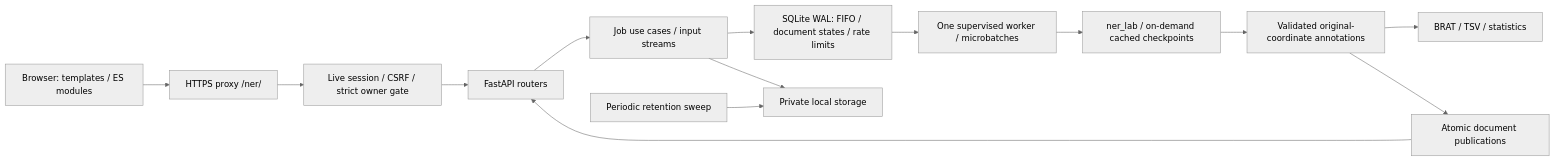
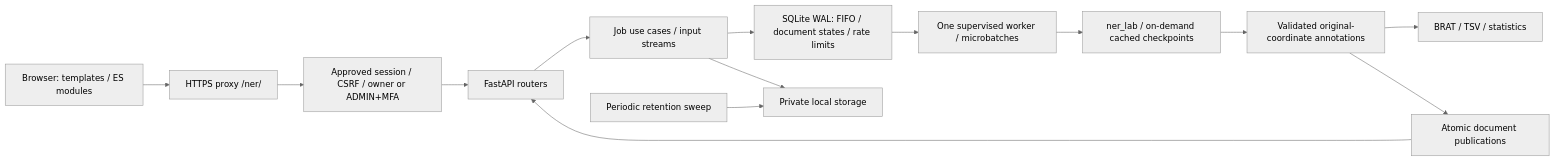
The diagram in README.md (nlp4bia-bsc/ner-inference-web), drawn with Mermaid (neutral theme) before and after one commit. The commit also changed other lines of this file and 69 other files, not shown here.

````diff
--- a/README.md
+++ b/README.md
@@ -160,16 +169,16 @@
 ```mermaid
 flowchart LR
     B[Browser: templates / ES modules] --> P[HTTPS proxy /ner/]
-    P --> G[Live session / CSRF / strict owner gate]
+    P --> G[Approved session / CSRF / owner or ADMIN+MFA]
     G --> A[FastAPI routers]
     A --> J[Job use cases / input streams]
     J --> Q[SQLite WAL: FIFO / document states / rate limits]
     J --> S[Private local storage]
     Q --> W[One supervised worker / microbatches]
     W --> N[ner_lab / on-demand cached checkpoints]
     N --> V[Validated original-coordinate annotations]
     V --> X[BRAT / TSV / statistics]
     V --> I[Atomic document publications]
     I --> A
     C[Periodic retention sweep] --> S
 ```
````
